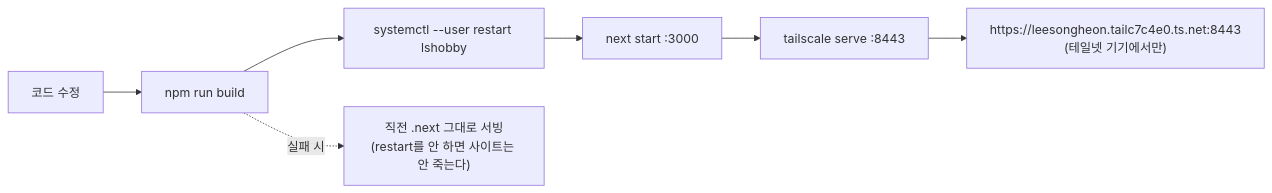
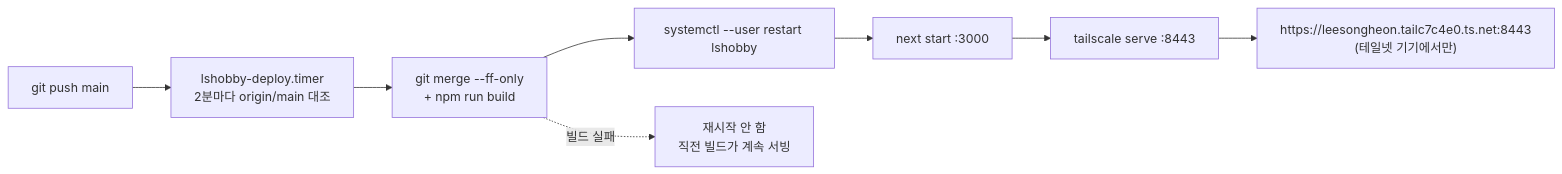
The third of 3 diagrams in docs/16-infra.md (LeeSongHeon-LSH/LSHobby), drawn with Mermaid before and after one commit. The commit also changed other lines of this file and 3 other files, not shown here.

````diff
--- a/docs/16-infra.md
+++ b/docs/16-infra.md
@@ -98,9 +98,10 @@
 ```mermaid
 flowchart LR
-    A[코드 수정] --> B["npm run build"]
+    A[git push main] --> T["lshobby-deploy.timer<br/>2분마다 origin/main 대조"]
+    T --> B["git merge --ff-only<br/>+ npm run build"]
     B --> C["systemctl --user restart lshobby"]
     C --> D["next start :3000"]
     D --> E["tailscale serve :8443"]
     E --> F["https://leesongheon.tailc7c4e0.ts.net:8443<br/>(테일넷 기기에서만)"]
-    B -. 실패 시 .-> G["직전 .next 그대로 서빙<br/>(restart를 안 하면 사이트는 안 죽는다)"]
+    B -. 빌드 실패 .-> G["재시작 안 함<br/>직전 빌드가 계속 서빙"]
 ```
````
